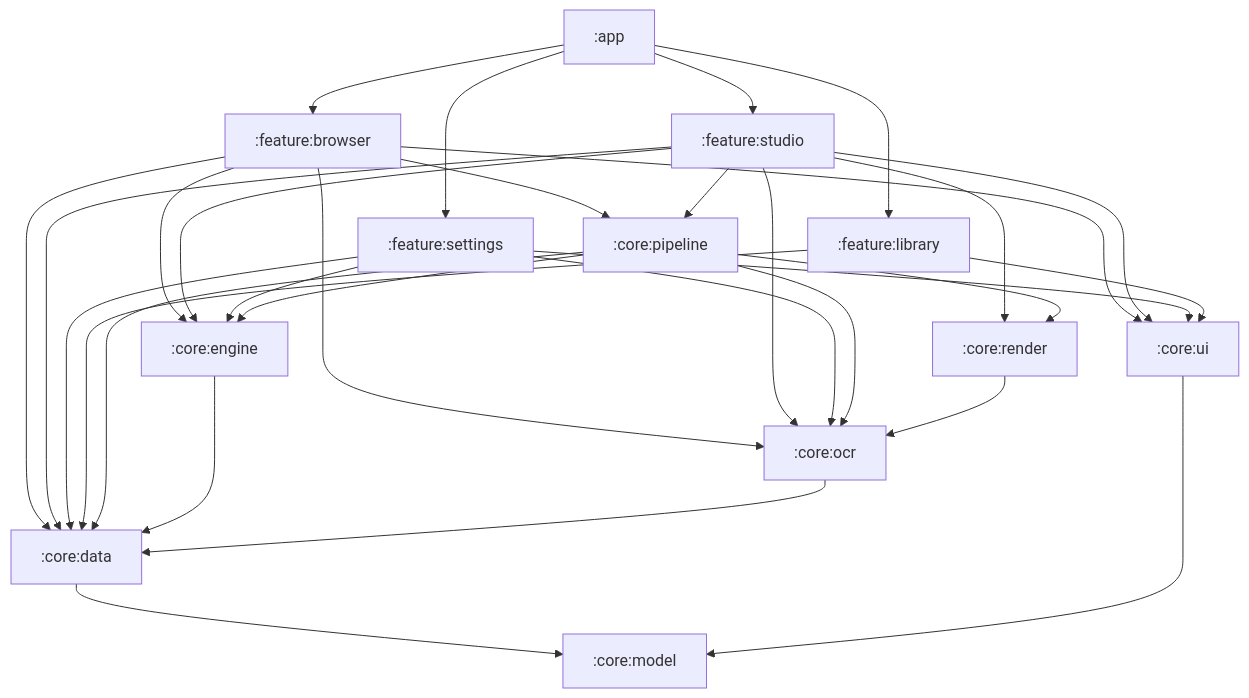
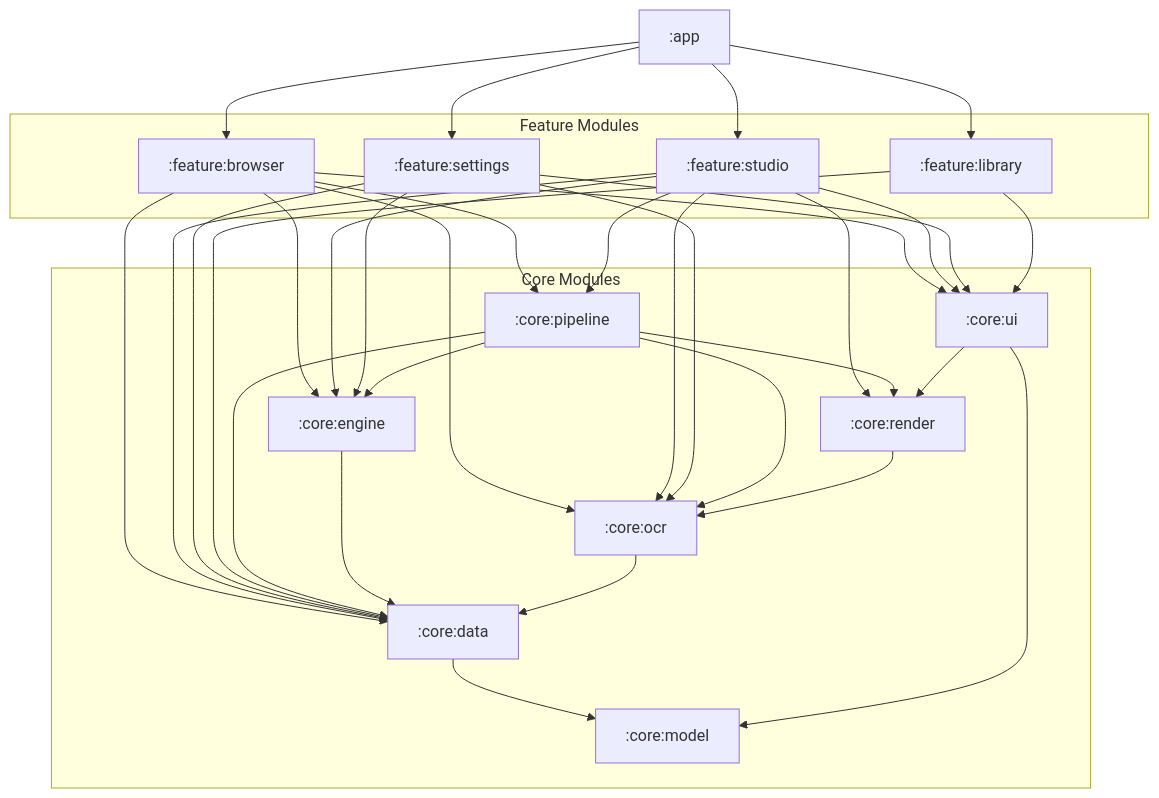
Before and after one commit to smnexstudio/Panelglass: the first of 2 diagrams in docs/ARCHITECTURE.md, drawn with Mermaid. The commit also changed other lines of this file and 39 other files, not shown here.

````diff
--- a/docs/ARCHITECTURE.md
+++ b/docs/ARCHITECTURE.md
@@ -136,27 +120,34 @@
 ```mermaid
 flowchart TD
     app[":app"]
-    browser[":feature:browser"]
-    library[":feature:library"]
-    settings[":feature:settings"]
-    studio[":feature:studio"]
-    pipeline[":core:pipeline"]
-    engine[":core:engine"]
-    ocr[":core:ocr"]
-    render[":core:render"]
-    ui[":core:ui"]
-    data[":core:data"]
-    model[":core:model"]
+    
+    subgraph Features["Feature Modules"]
+        browser[":feature:browser"]
+        library[":feature:library"]
+        settings[":feature:settings"]
+        studio[":feature:studio"]
+    end
+    
+    subgraph Core["Core Modules"]
+        pipeline[":core:pipeline"]
+        engine[":core:engine"]
+        ocr[":core:ocr"]
+        render[":core:render"]
+        ui[":core:ui"]
+        data[":core:data"]
+        model[":core:model"]
+    end
 
     app --> browser & library & settings & studio
     browser --> pipeline & engine & ocr & ui & data
     studio --> pipeline & render & engine & ocr & ui & data
     settings --> engine & ocr & ui & data
     library --> ui & data
+    
     pipeline --> engine & ocr & render & data
     render --> ocr
     engine --> data
     ocr --> data
     data --> model
-    ui --> model
+    ui --> model & render
 ```
````
